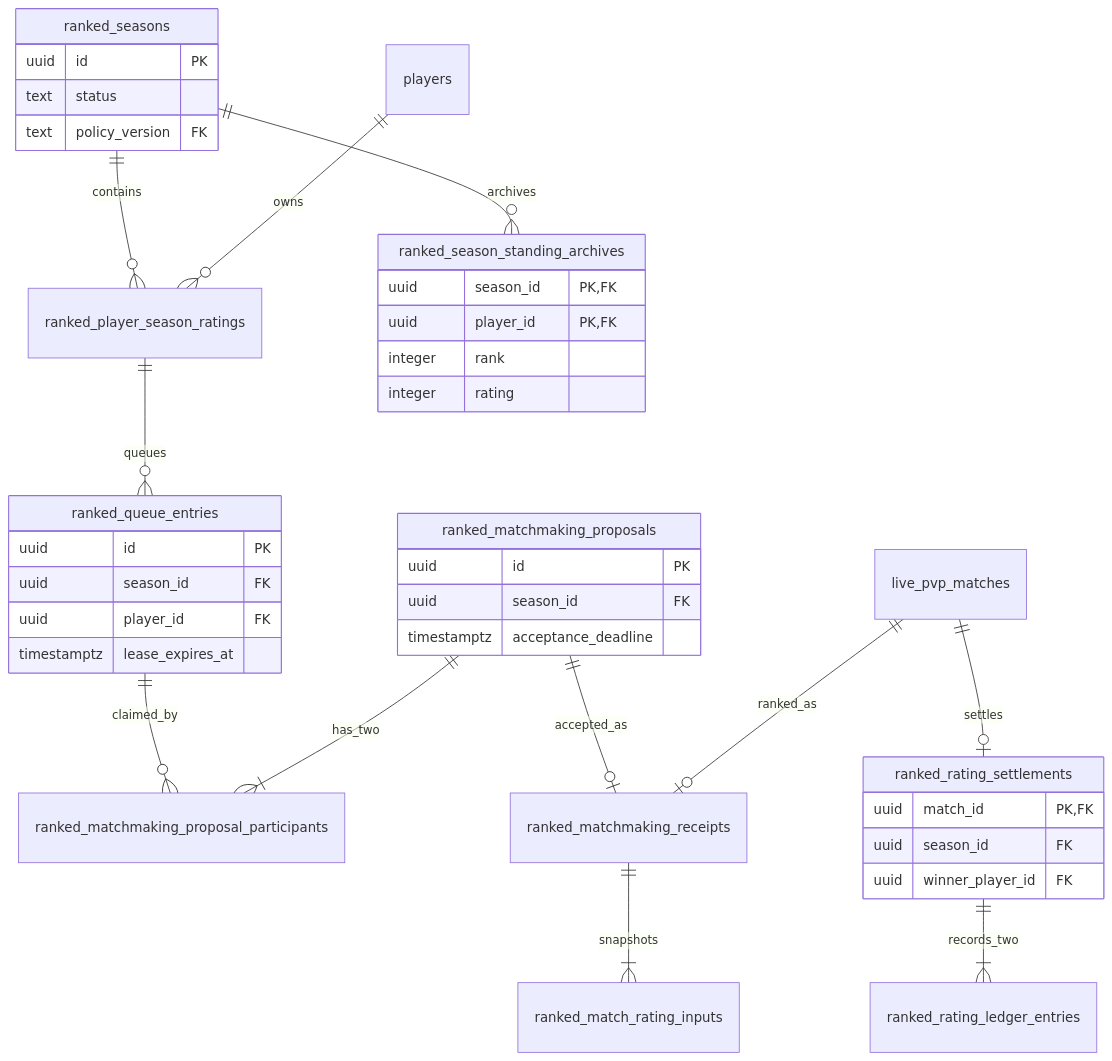
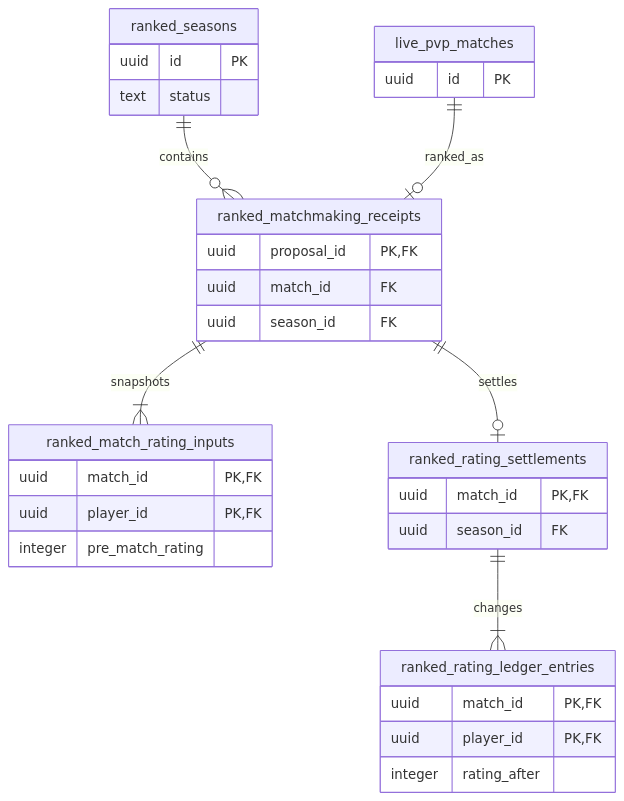
The fifth of 5 diagrams in docs/architecture/diagrams/database-battles.md (Gradient-Ascenders/Wits-World), drawn with Mermaid before and after one commit. The commit also changed other lines of this file and 28 other files, not shown here.

First line of the commit message:
[docs] refresh setup and architecture guides and diagrams

````diff
--- a/docs/architecture/diagrams/database-battles.md
+++ b/docs/architecture/diagrams/database-battles.md
@@ -213,43 +241,39 @@
 ```mermaid
 erDiagram
-    accTitle: Ranked competition database relationships
-    accDescr: A season contains player ratings and private queue entries. Two claimed entries share one proposal. An accepted proposal binds to one live match whose terminal result creates one settlement and two ledger entries. Closing the season archives established standings.
-    ranked_seasons ||--o{ ranked_player_season_ratings : contains
-    players ||--o{ ranked_player_season_ratings : owns
-    ranked_player_season_ratings ||--o{ ranked_queue_entries : queues
-    ranked_queue_entries ||--o{ ranked_matchmaking_proposal_participants : claimed_by
-    ranked_matchmaking_proposals ||--|{ ranked_matchmaking_proposal_participants : has_two
-    ranked_matchmaking_proposals ||--o| ranked_matchmaking_receipts : accepted_as
+    direction TB
+    accTitle: Ranked rating changes retain match inputs and settlement evidence
+    accDescr: A ranked season has matchmaking receipts linked to live matches. Each receipt preserves two rating inputs and can have one settlement. Settlement records two ledger entries. Casual live matches have no ranked receipt.
+
+    ranked_seasons ||--o{ ranked_matchmaking_receipts : contains
     live_pvp_matches ||--o| ranked_matchmaking_receipts : ranked_as
     ranked_matchmaking_receipts ||--|{ ranked_match_rating_inputs : snapshots
-    live_pvp_matches ||--o| ranked_rating_settlements : settles
-    ranked_rating_settlements ||--|{ ranked_rating_ledger_entries : records_two
-    ranked_seasons ||--o{ ranked_season_standing_archives : archives
+    ranked_matchmaking_receipts ||--o| ranked_rating_settlements : settles
+    ranked_rating_settlements ||--|{ ranked_rating_ledger_entries : changes
+
     ranked_seasons {
         uuid id PK
         text status
-        text policy_version FK
     }
-    ranked_queue_entries {
+    live_pvp_matches {
         uuid id PK
+    }
+    ranked_matchmaking_receipts {
+        uuid proposal_id PK, FK
+        uuid match_id FK
         uuid season_id FK
-        uuid player_id FK
-        timestamptz lease_expires_at
     }
-    ranked_matchmaking_proposals {
-        uuid id PK
-        uuid season_id FK
-        timestamptz acceptance_deadline
+    ranked_match_rating_inputs {
+        uuid match_id PK, FK
+        uuid player_id PK, FK
+        integer pre_match_rating
     }
     ranked_rating_settlements {
         uuid match_id PK, FK
         uuid season_id FK
-        uuid winner_player_id FK
     }
-    ranked_season_standing_archives {
-        uuid season_id PK, FK
+    ranked_rating_ledger_entries {
+        uuid match_id PK, FK
         uuid player_id PK, FK
-        integer rank
-        integer rating
+        integer rating_after
     }
 ```
````
